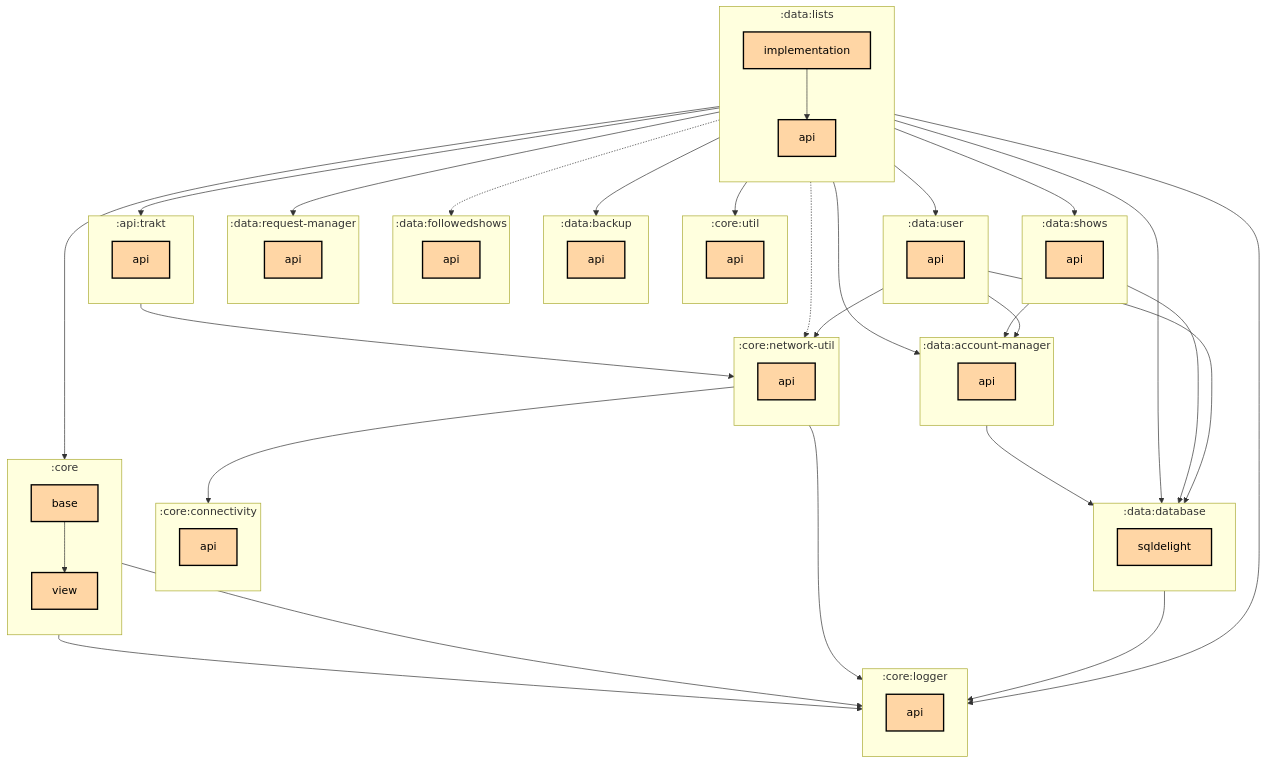
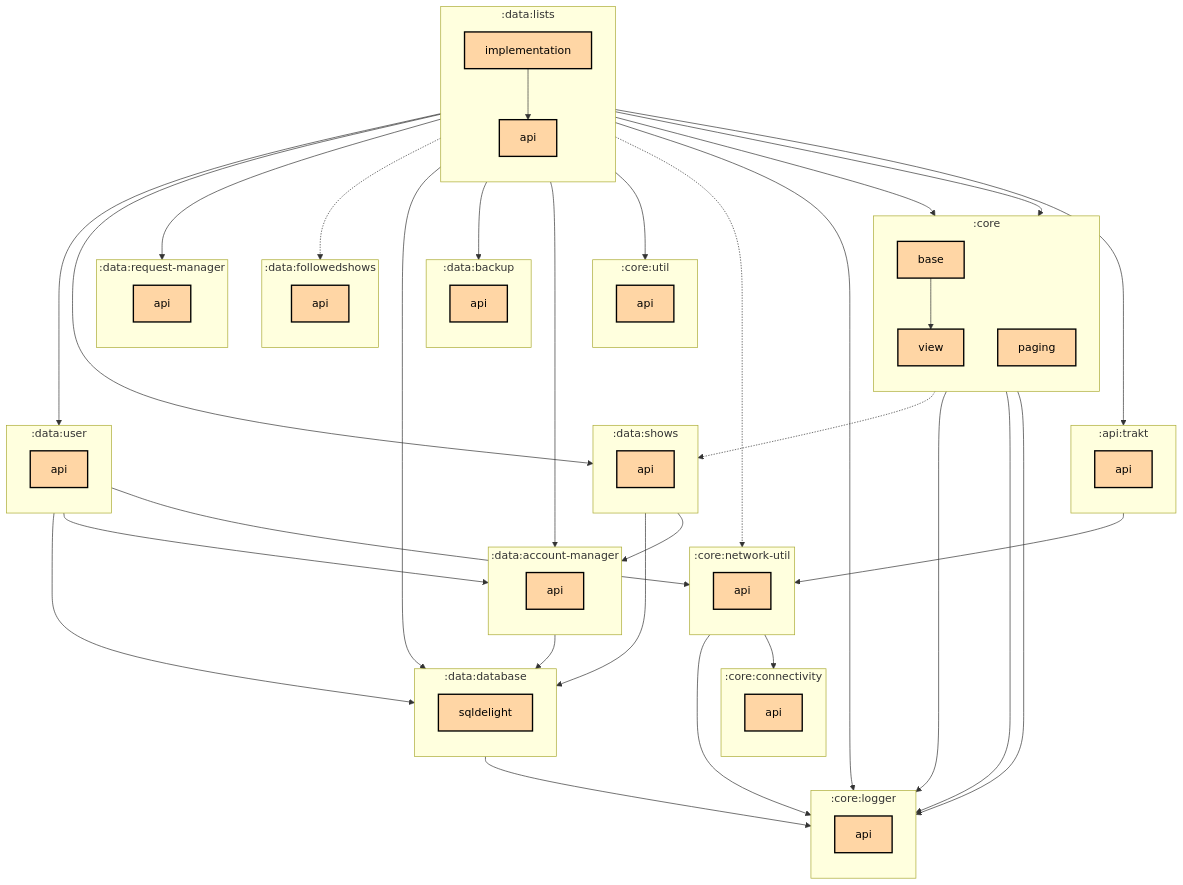
The first of 2 diagrams in data/lists/implementation/README.md (thomaskioko/tv-maniac), drawn with Mermaid before and after one commit. The commit also changed 90 other files, not shown here.

```diff
--- a/data/lists/implementation/README.md
+++ b/data/lists/implementation/README.md
@@ -12,6 +12,7 @@
   subgraph :core
     direction TB
     :core:base[base]:::multiplatform
+    :core:paging[paging]:::multiplatform
     :core:view[view]:::multiplatform
   end
   subgraph :core:connectivity
@@ -69,6 +70,8 @@
   :core:base --> :core:view
   :core:network-util:api --> :core:connectivity:api
   :core:network-util:api --> :core:logger:api
+  :core:paging --> :core:logger:api
+  :core:paging -.-> :data:shows:api
   :core:view --> :core:logger:api
   :data:account-manager:api --> :data:database:sqldelight
   :data:database:sqldelight --> :core:logger:api
@@ -76,6 +79,7 @@
   :data:lists:implementation --> :core:base
   :data:lists:implementation --> :core:logger:api
   :data:lists:implementation -.-> :core:network-util:api
+  :data:lists:implementation --> :core:paging
   :data:lists:implementation --> :core:util:api
   :data:lists:implementation --> :data:account-manager:api
   :data:lists:implementation --> :data:backup:api
```
